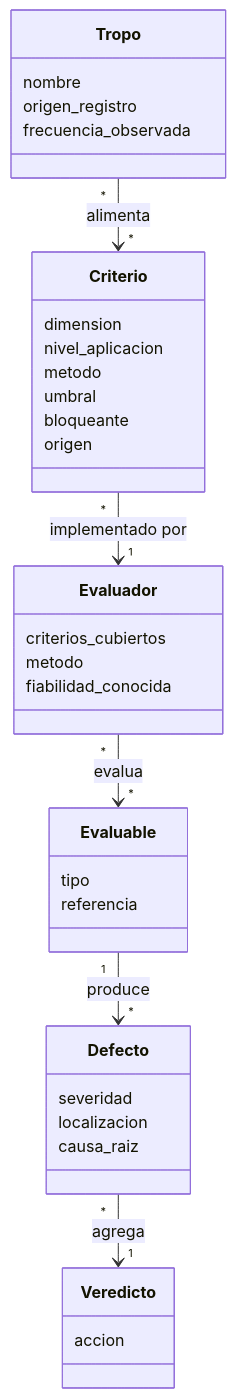
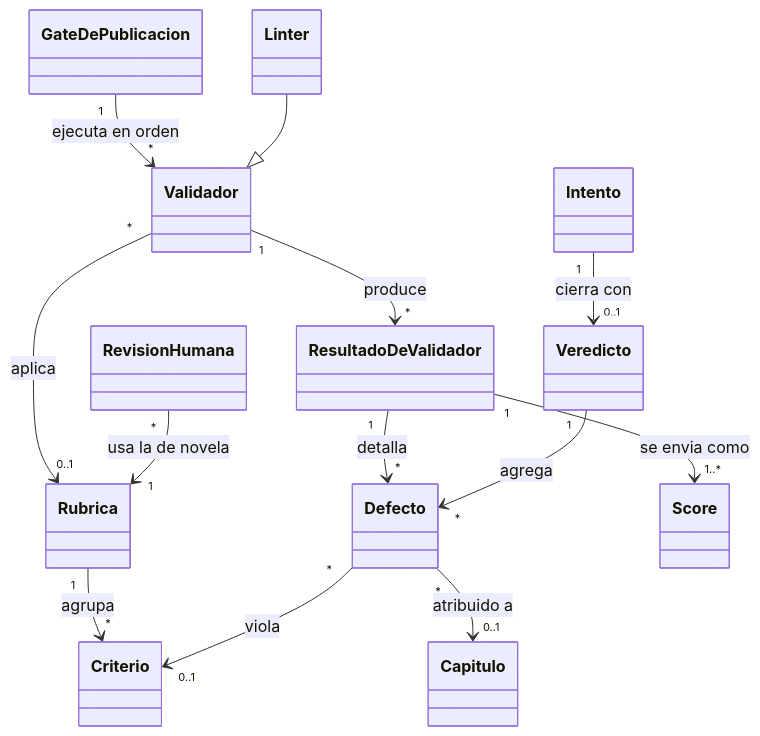
The fifth of 5 diagrams in docs/definitions.md (JNico-rb/story-maker), drawn with Mermaid before and after one commit. The commit also changed other lines of this file and 91 other files, not shown here.

````diff
--- a/docs/definitions.md
+++ b/docs/definitions.md
@@ -452,39 +467,15 @@
 ```mermaid
 classDiagram
-    class Criterio {
-        dimension
-        nivel_aplicacion
-        metodo
-        umbral
-        bloqueante
-        origen
-    }
-    class Evaluador {
-        criterios_cubiertos
-        metodo
-        fiabilidad_conocida
-    }
-    class Evaluable {
-        tipo
-        referencia
-    }
-    class Defecto {
-        severidad
-        localizacion
-        causa_raiz
-    }
-    class Veredicto {
-        accion
-    }
-    class Tropo {
-        nombre
-        origen_registro
-        frecuencia_observada
-    }
-
-    Criterio "*" --> "1" Evaluador : implementado por
-    Evaluador "*" --> "*" Evaluable : evalua
-    Evaluable "1" --> "*" Defecto : produce
-    Defecto "*" --> "1" Veredicto : agrega
-    Tropo "*" --> "*" Criterio : alimenta
+    GateDePublicacion "1" --> "*" Validador : ejecuta en orden
+    Validador "*" --> "0..1" Rubrica : aplica
+    Rubrica "1" --> "*" Criterio : agrupa
+    Validador "1" --> "*" ResultadoDeValidador : produce
+    ResultadoDeValidador "1" --> "*" Defecto : detalla
+    ResultadoDeValidador "1" --> "1..*" Score : se envia como
+    Defecto "*" --> "0..1" Criterio : viola
+    Defecto "*" --> "0..1" Capitulo : atribuido a
+    Intento "1" --> "0..1" Veredicto : cierra con
+    Veredicto "1" --> "*" Defecto : agrega
+    RevisionHumana "*" --> "1" Rubrica : usa la de novela
+    Linter --|> Validador
 ```
````
